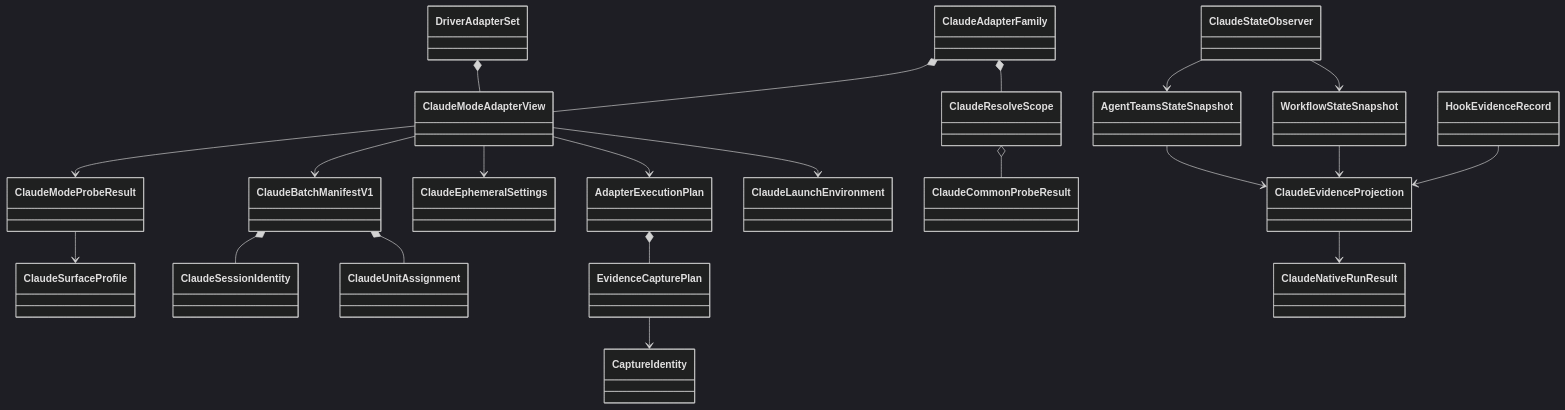
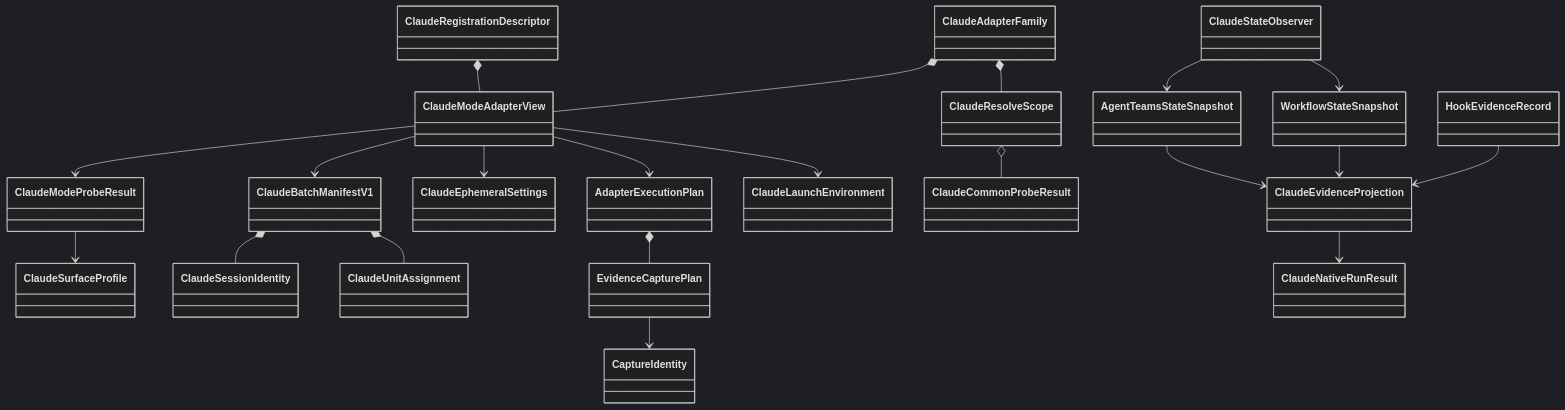
The diagram in amadeus/spaces/default/intents/260713-swarm-driver-migration/construction/claude-native-driver/functional-design/domain-entities.md (amadeus-dlc/amadeus), drawn with Mermaid (dark theme) before and after one commit. The commit also changed other lines of this file and 64 other files, not shown here.

````diff
--- a/amadeus/spaces/default/intents/260713-swarm-driver-migration/construction/claude-native-driver/functional-design/domain-entities.md
+++ b/amadeus/spaces/default/intents/260713-swarm-driver-migration/construction/claude-native-driver/functional-design/domain-entities.md
@@ -449,23 +461,23 @@
 ```mermaid
 classDiagram
-  DriverAdapterSet *-- ClaudeModeAdapterView
+  ClaudeRegistrationDescriptor *-- ClaudeModeAdapterView
   ClaudeAdapterFamily *-- ClaudeModeAdapterView
   ClaudeAdapterFamily *-- ClaudeResolveScope
   ClaudeResolveScope o-- ClaudeCommonProbeResult
   ClaudeModeAdapterView --> ClaudeModeProbeResult
   ClaudeModeProbeResult --> ClaudeSurfaceProfile
   ClaudeModeAdapterView --> ClaudeBatchManifestV1
   ClaudeBatchManifestV1 *-- ClaudeSessionIdentity
   ClaudeBatchManifestV1 *-- ClaudeUnitAssignment
   ClaudeModeAdapterView --> ClaudeEphemeralSettings
   ClaudeModeAdapterView --> AdapterExecutionPlan
   AdapterExecutionPlan *-- EvidenceCapturePlan
   EvidenceCapturePlan --> CaptureIdentity
   ClaudeModeAdapterView --> ClaudeLaunchEnvironment
   ClaudeStateObserver --> AgentTeamsStateSnapshot
   ClaudeStateObserver --> WorkflowStateSnapshot
   AgentTeamsStateSnapshot --> ClaudeEvidenceProjection
   WorkflowStateSnapshot --> ClaudeEvidenceProjection
   HookEvidenceRecord --> ClaudeEvidenceProjection
   ClaudeEvidenceProjection --> ClaudeNativeRunResult
 ```
````
